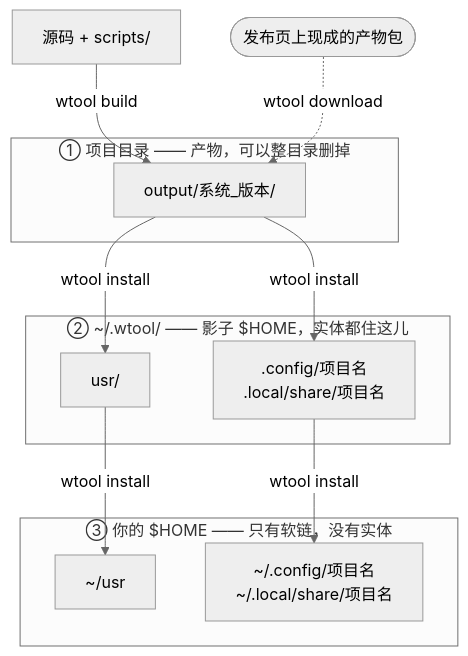
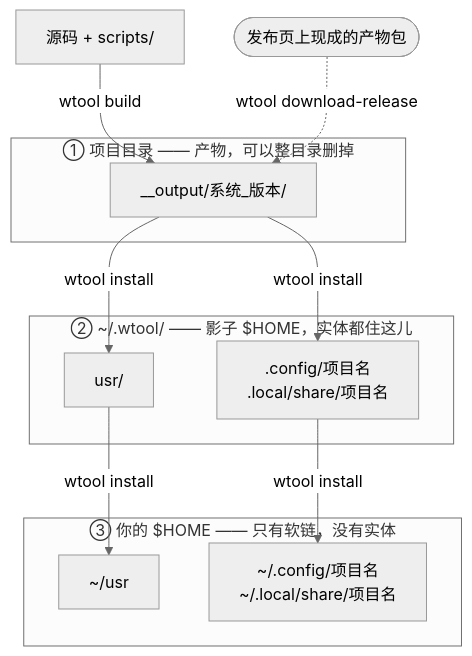
The diagram in .pic/layers.mmd (allinkernel/wtool), drawn with Mermaid (neutral theme) before and after one commit. The commit also changed 7 other files, not shown here.

```diff
--- a/.pic/layers.mmd
+++ b/.pic/layers.mmd
@@ -1,26 +1,26 @@
 %% 三层路径图 —— wtool-base/README.md §1.4 用
 %% 改完跑 .pic/render.sh 重新生成 layers.png
 flowchart TB
     SRC["源码 + scripts/"]
     GH(["发布页上现成的产物包"])
 
     subgraph L1["① 项目目录 —— 产物，可以整目录删掉"]
-        REL["output/系统_版本/"]
+        REL["__output/系统_版本/"]
     end
 
     subgraph L2["② ~/.wtool/ —— 影子 $HOME，实体都住这儿"]
         WUSR["usr/"]
         WCFG[".config/项目名<br/>.local/share/项目名"]
     end
 
     subgraph L3["③ 你的 $HOME —— 只有软链，没有实体"]
         HUSR["~/usr"]
         HCFG["~/.config/项目名<br/>~/.local/share/项目名"]
     end
 
     SRC -->|wtool build| REL
-    GH -.->|wtool download| REL
+    GH -.->|wtool download-release| REL
     REL -->|wtool install| WUSR
     REL -->|wtool install| WCFG
     WUSR -->|wtool install| HUSR
     WCFG -->|wtool install| HCFG
```
